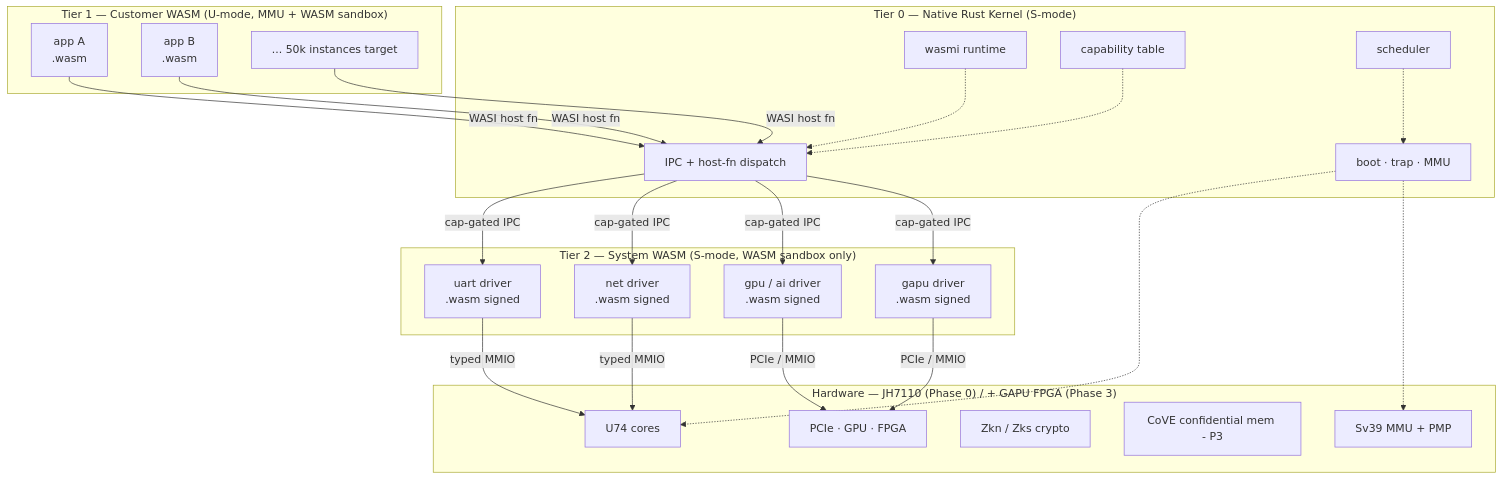
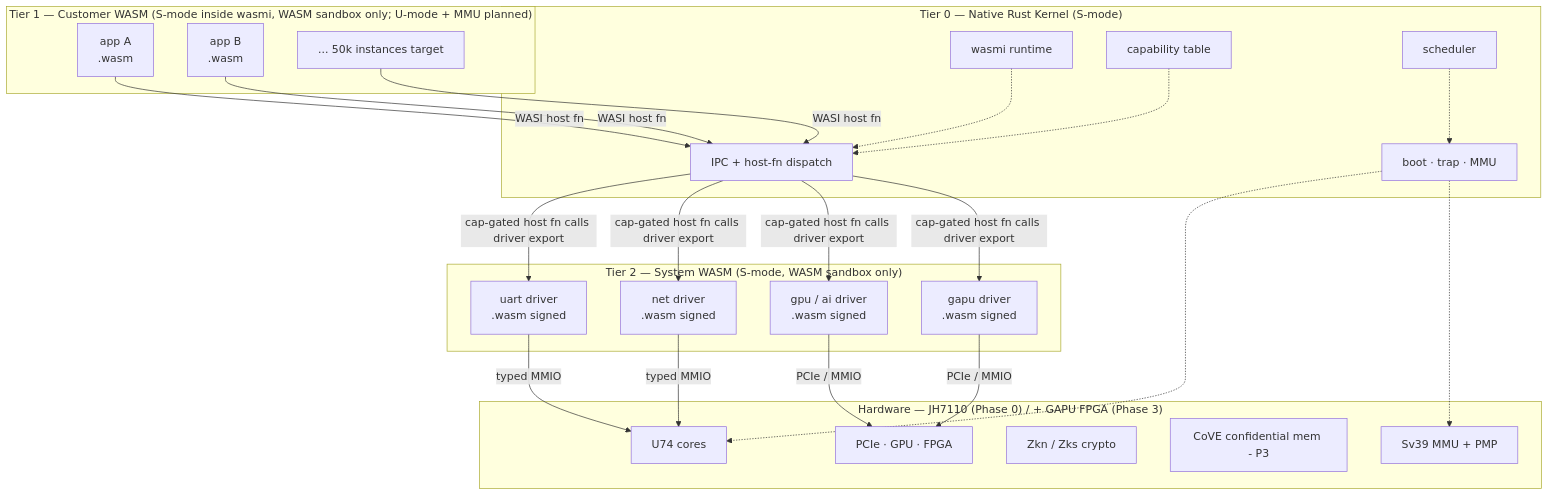
One commit to westerngazoo/Wari changed the first of 2 diagrams in docs/architecture.md. Above: the diagram before and after it, drawn with Mermaid. The commit also changed other lines of this file and 2 other files, not shown here.

````diff
--- a/docs/architecture.md
+++ b/docs/architecture.md
@@ -15,51 +16,51 @@
 ```mermaid
 graph TB
-    subgraph T1["Tier 1 — Customer WASM  (U-mode, MMU + WASM sandbox)"]
+    subgraph T1["Tier 1 — Customer WASM  (S-mode inside wasmi, WASM sandbox only; U-mode + MMU planned)"]
         A1[app A<br/>.wasm]
         A2[app B<br/>.wasm]
         AN[... 50k instances target]
     end
 
     subgraph T2["Tier 2 — System WASM  (S-mode, WASM sandbox only)"]
         D1[uart driver<br/>.wasm signed]
         D2[net driver<br/>.wasm signed]
         D3[gpu / ai driver<br/>.wasm signed]
         D4[gapu driver<br/>.wasm signed]
     end
 
     subgraph T0["Tier 0 — Native Rust Kernel  (S-mode)"]
         K1[boot &middot; trap &middot; MMU]
         K2[wasmi runtime]
         K3[capability table]
         K4[IPC + host-fn dispatch]
         K5[scheduler]
     end
 
     subgraph HW["Hardware — JH7110 (Phase 0) / + GAPU FPGA (Phase 3)"]
         H1[U74 cores]
         H2[Sv39 MMU + PMP]
         H3[Zkn / Zks crypto]
         H4[CoVE confidential mem - P3]
         H5[PCIe &middot; GPU &middot; FPGA]
     end
 
     A1 -- "WASI host fn" --> K4
     A2 -- "WASI host fn" --> K4
     AN -- "WASI host fn" --> K4
 
-    K4 -- "cap-gated IPC" --> D1
-    K4 -- "cap-gated IPC" --> D2
-    K4 -- "cap-gated IPC" --> D3
-    K4 -- "cap-gated IPC" --> D4
+    K4 -- "cap-gated host fn calls driver export" --> D1
+    K4 -- "cap-gated host fn calls driver export" --> D2
+    K4 -- "cap-gated host fn calls driver export" --> D3
+    K4 -- "cap-gated host fn calls driver export" --> D4
 
     D1 -- "typed MMIO" --> H1
     D2 -- "typed MMIO" --> H1
     D3 -- "PCIe / MMIO" --> H5
     D4 -- "PCIe / MMIO" --> H5
 
     K1 -.-> H1
     K1 -.-> H2
     K2 -.-> K4
     K3 -.-> K4
     K5 -.-> K1
 ```
````
